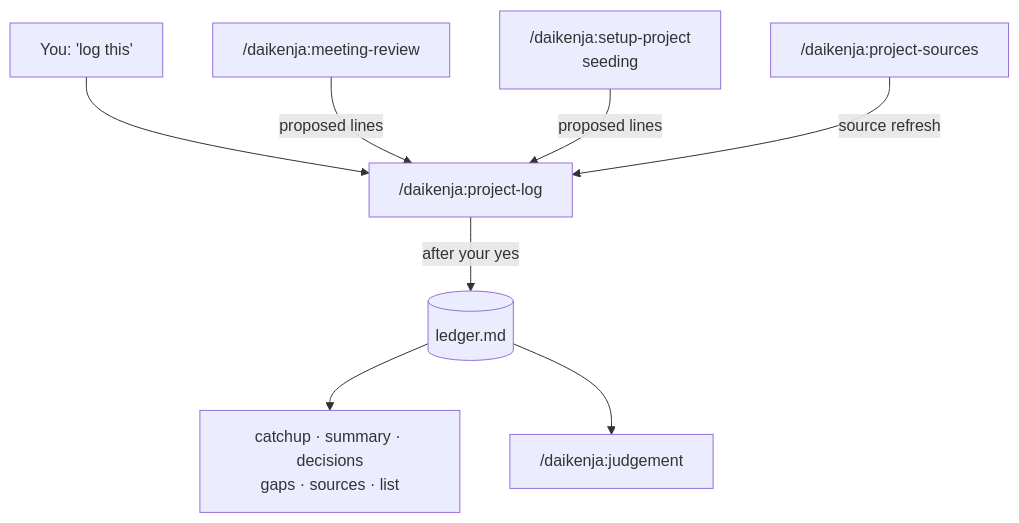
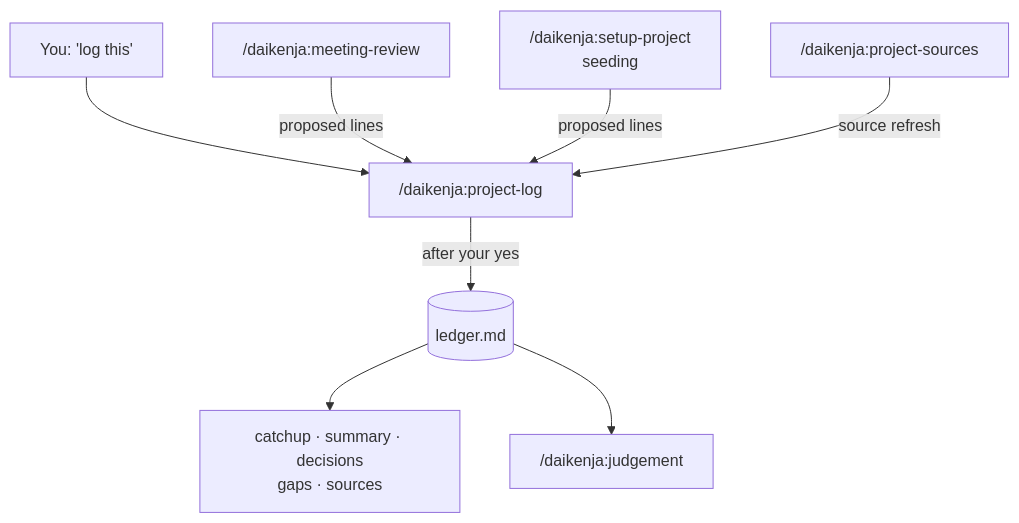
The diagram in docs/guide/ledger.md (by-carlos/daikenja), drawn with Mermaid before and after one commit. The commit also changed other lines of this file and 11 other files, not shown here.

````diff
--- a/docs/guide/ledger.md
+++ b/docs/guide/ledger.md
@@ -11,10 +11,10 @@
 ```mermaid
 flowchart TB
     Y["You: 'log this'"] --> L
     M["/daikenja:meeting-review"] -->|proposed lines| L
     S["/daikenja:setup-project<br/>seeding"] -->|proposed lines| L
     P["/daikenja:project-sources"] -->|source refresh| L
     L["/daikenja:project-log"] -->|after your yes| F[(ledger.md)]
-    F --> R["catchup · summary · decisions<br/>gaps · sources · list"]
+    F --> R["catchup · summary · decisions<br/>gaps · sources"]
     F --> J["/daikenja:judgement"]
 ```
````
